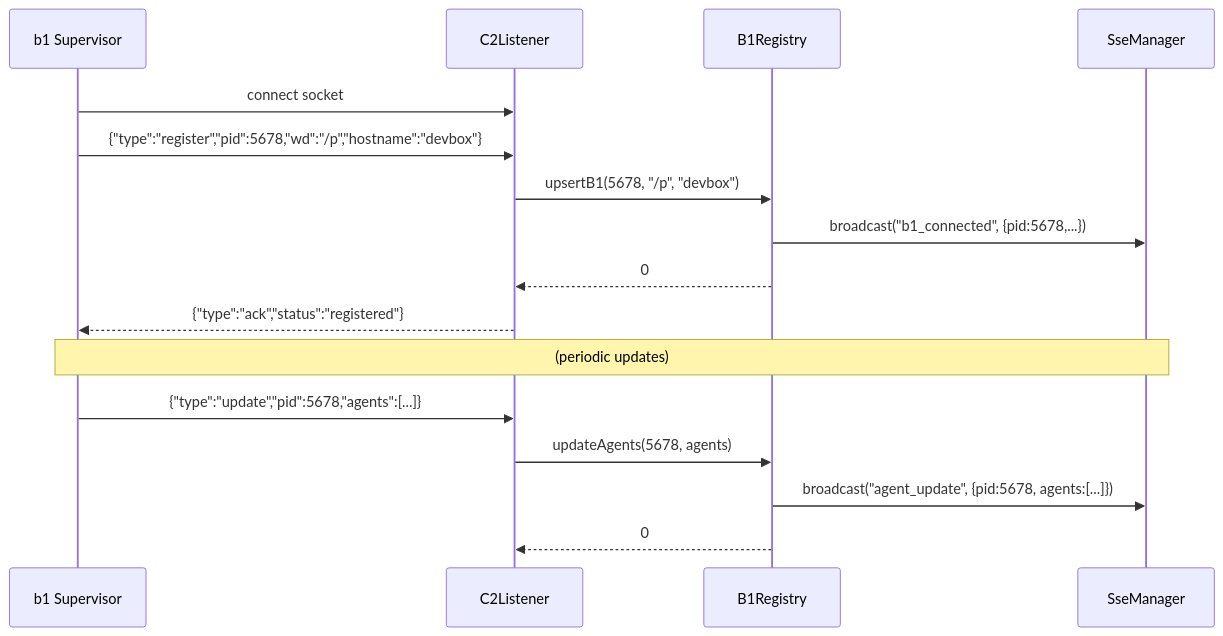
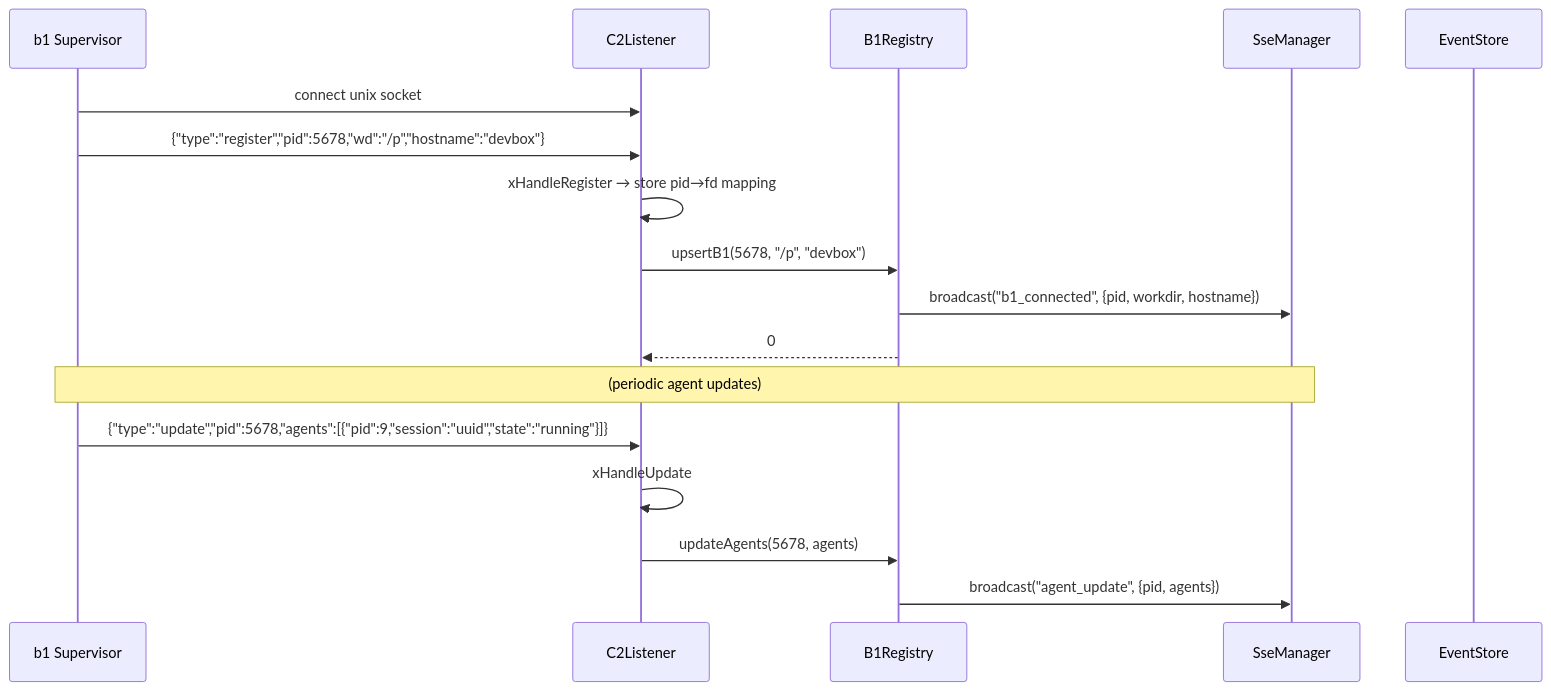
One commit to opensassi/a0 changed the second of 6 diagrams in src/c2/technical-specification.md. Above: the diagram before and after it, drawn with Mermaid. The commit also changed other lines of this file and 165 other files, not shown here.

````diff
--- a/src/c2/technical-specification.md
+++ b/src/c2/technical-specification.md
@@ -346,21 +291,22 @@
 ```mermaid
 sequenceDiagram
     participant B1 as b1 Supervisor
     participant L as C2Listener
     participant REG as B1Registry
     participant SSE as SseManager
+    participant EV as EventStore
 
-    B1->>L: connect socket
+    B1->>L: connect unix socket
     B1->>L: {"type":"register","pid":5678,"wd":"/p","hostname":"devbox"}
+    L->>L: xHandleRegister → store pid→fd mapping
     L->>REG: upsertB1(5678, "/p", "devbox")
-    REG->>SSE: broadcast("b1_connected", {pid:5678,...})
+    REG->>SSE: broadcast("b1_connected", {pid, workdir, hostname})
     REG-->>L: 0
-    L-->>B1: {"type":"ack","status":"registered"}
 
-    Note over B1,SSE: (periodic updates)
+    Note over B1,SSE: (periodic agent updates)
 
-    B1->>L: {"type":"update","pid":5678,"agents":[...]}
+    B1->>L: {"type":"update","pid":5678,"agents":[{"pid":9,"session":"uuid","state":"running"}]}
+    L->>L: xHandleUpdate
     L->>REG: updateAgents(5678, agents)
-    REG->>SSE: broadcast("agent_update", {pid:5678, agents:[...]})
-    REG-->>L: 0
+    REG->>SSE: broadcast("agent_update", {pid, agents})
 ```
````
